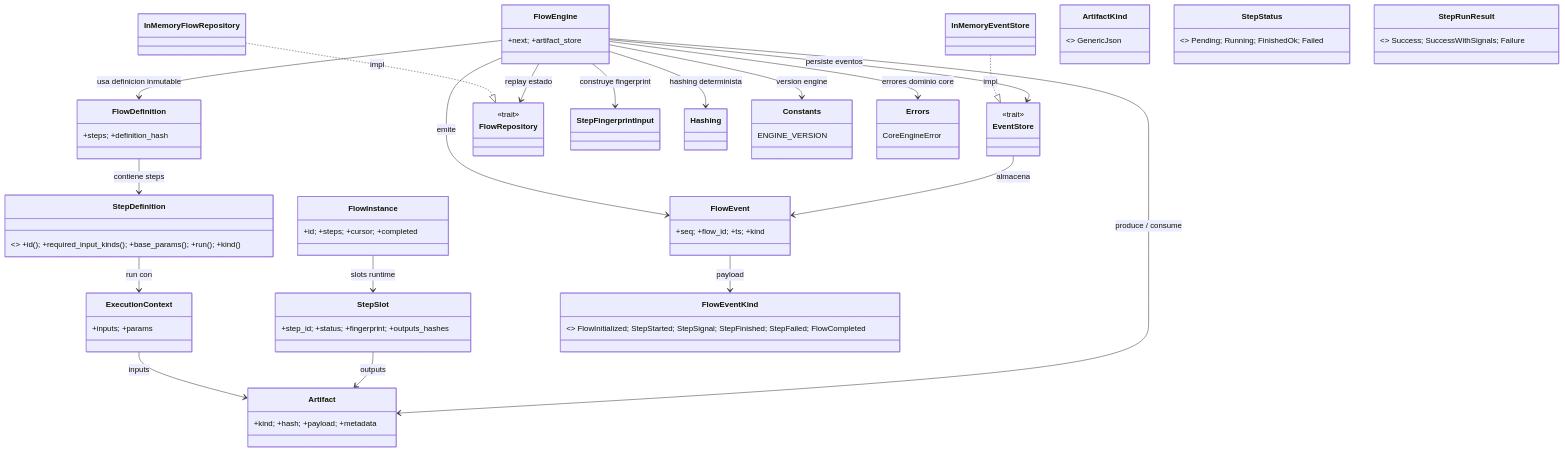
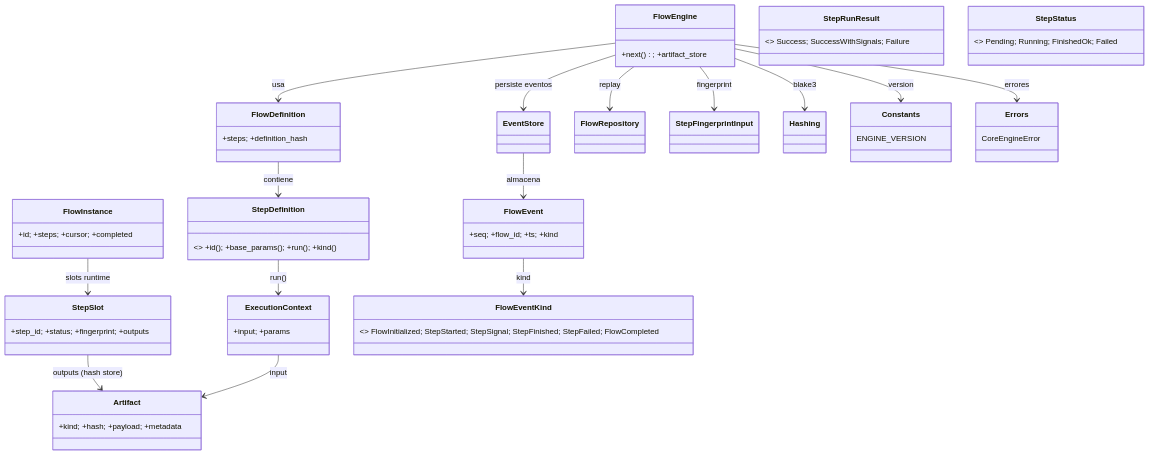
One commit to chem-gl/chemflow changed the first of 2 diagrams in documentation/tareas/tarea2.md. Above: the diagram before and after it, drawn with Mermaid. The commit also changed other lines of this file and 6 other files, not shown here.

````diff
--- a/documentation/tareas/tarea2.md
+++ b/documentation/tareas/tarea2.md
@@ -105,42 +113,31 @@
 ```mermaid
 classDiagram
-FlowEngine --> FlowDefinition : usa definicion inmutable
+FlowEngine --> FlowDefinition : usa
 FlowEngine --> EventStore : persiste eventos
-FlowEngine --> FlowRepository : replay estado
-FlowEngine --> Artifact : produce / consume
-FlowDefinition --> StepDefinition : contiene steps
+FlowEngine --> FlowRepository : replay
+FlowDefinition --> StepDefinition : contiene
 FlowInstance --> StepSlot : slots runtime
-StepSlot --> Artifact : outputs
-StepDefinition --> ExecutionContext : run con
-ExecutionContext --> Artifact : inputs
-InMemoryEventStore ..|> EventStore : impl
-InMemoryFlowRepository ..|> FlowRepository : impl
+StepSlot --> Artifact : outputs (hash store)
+StepDefinition --> ExecutionContext : run()
+ExecutionContext --> Artifact : input
 EventStore --> FlowEvent : almacena
-FlowEvent --> FlowEventKind : payload
-FlowEngine --> FlowEvent : emite
-FlowEngine --> StepFingerprintInput : construye fingerprint
-FlowEngine --> Hashing : hashing determinista
-FlowEngine --> Constants : version engine
-FlowEngine --> Errors : errores dominio core
+FlowEvent --> FlowEventKind : kind
+FlowEngine --> StepFingerprintInput : fingerprint
+FlowEngine --> Hashing : blake3
+FlowEngine --> Constants : version
+FlowEngine --> Errors : errores
 
-class FlowEngine { +next; +artifact_store }
+class FlowEngine { +next(); +artifact_store }
 class FlowDefinition { +steps; +definition_hash }
 class FlowInstance { +id; +steps; +cursor; +completed }
-class StepSlot { +step_id; +status; +fingerprint; +outputs_hashes }
-class StepDefinition { <<trait>> +id(); +required_input_kinds(); +base_params(); +run(); +kind() }
-class ExecutionContext { +inputs; +params }
+class StepSlot { +step_id; +status; +fingerprint; +outputs }
+class StepDefinition { <<trait>> +id(); +base_params(); +run(); +kind() }
+class ExecutionContext { +input; +params }
 class Artifact { +kind; +hash; +payload; +metadata }
-class ArtifactKind { <<enum>> GenericJson }
+class StepRunResult { <<enum>> Success; SuccessWithSignals; Failure }
 class StepStatus { <<enum>> Pending; Running; FinishedOk; Failed }
-class StepRunResult { <<enum>> Success; SuccessWithSignals; Failure }
 class FlowEventKind { <<enum>> FlowInitialized; StepStarted; StepSignal; StepFinished; StepFailed; FlowCompleted }
 class FlowEvent { +seq; +flow_id; +ts; +kind }
-class EventStore { <<trait>> }
-class InMemoryEventStore
-class FlowRepository { <<trait>> }
-class InMemoryFlowRepository
-class StepFingerprintInput
-class Hashing
+class Errors { CoreEngineError }
 class Constants { ENGINE_VERSION }
-class Errors { CoreEngineError }
 ```
````
